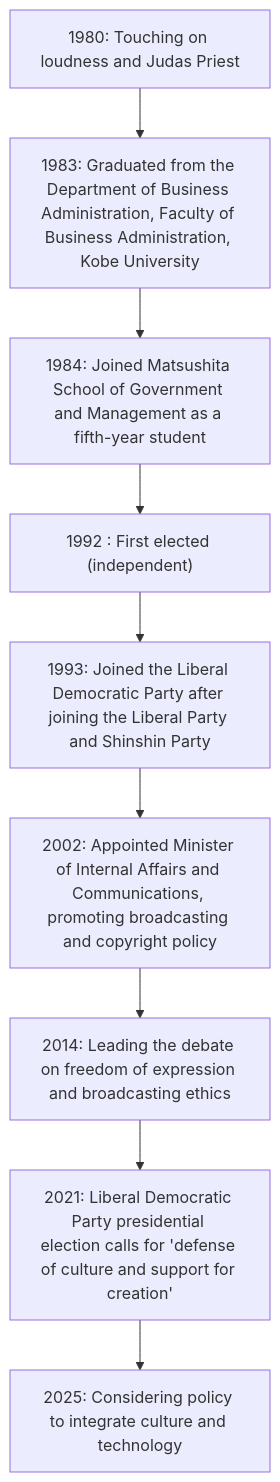
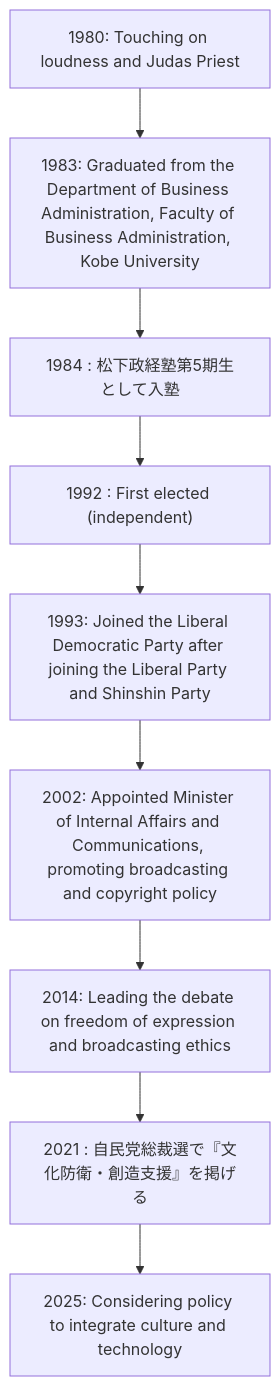
One commit to monumental-movement/monumental-movement.github.io changed the second of 3 diagrams in en/_posts/2025-10-25-column-takaichi-metal.md. Above: the diagram before and after it, drawn with Mermaid. The commit also changed other lines of this file and 1012 other files, not shown here.

```diff
--- a/en/_posts/2025-10-25-column-takaichi-metal.md
+++ b/en/_posts/2025-10-25-column-takaichi-metal.md
@@ -139,13 +139,13 @@
 <div class="mermaid">
     
 graph TD
   A1980["1980: Touching on loudness and Judas Priest"] --> A1983["1983: Graduated from the Department of Business Administration, Faculty of Business Administration, Kobe University"]
-  A1983 --> A1984["1984: Joined Matsushita School of Government and Management as a fifth-year student"]
+  A1983 --> A1984["1984 : 松下政経塾第5期生として入塾"]
   A1984 --> A1992["1992 : First elected (independent)"]
   A1992 --> A1993["1993: Joined the Liberal Democratic Party after joining the Liberal Party and Shinshin Party"]
   A1993 --> A2002["2002: Appointed Minister of Internal Affairs and Communications, promoting broadcasting and copyright policy"]
   A2002 --> A2014["2014: Leading the debate on freedom of expression and broadcasting ethics"]
-  A2014 --> A2021["2021: Liberal Democratic Party presidential election calls for 'defense of culture and support for creation'"]
+  A2014 --> A2021["2021 : 自民党総裁選で『文化防衛・創造支援』を掲げる"]
   A2021 --> A2025["2025: Considering policy to integrate culture and technology"]
 
 </div>
```
